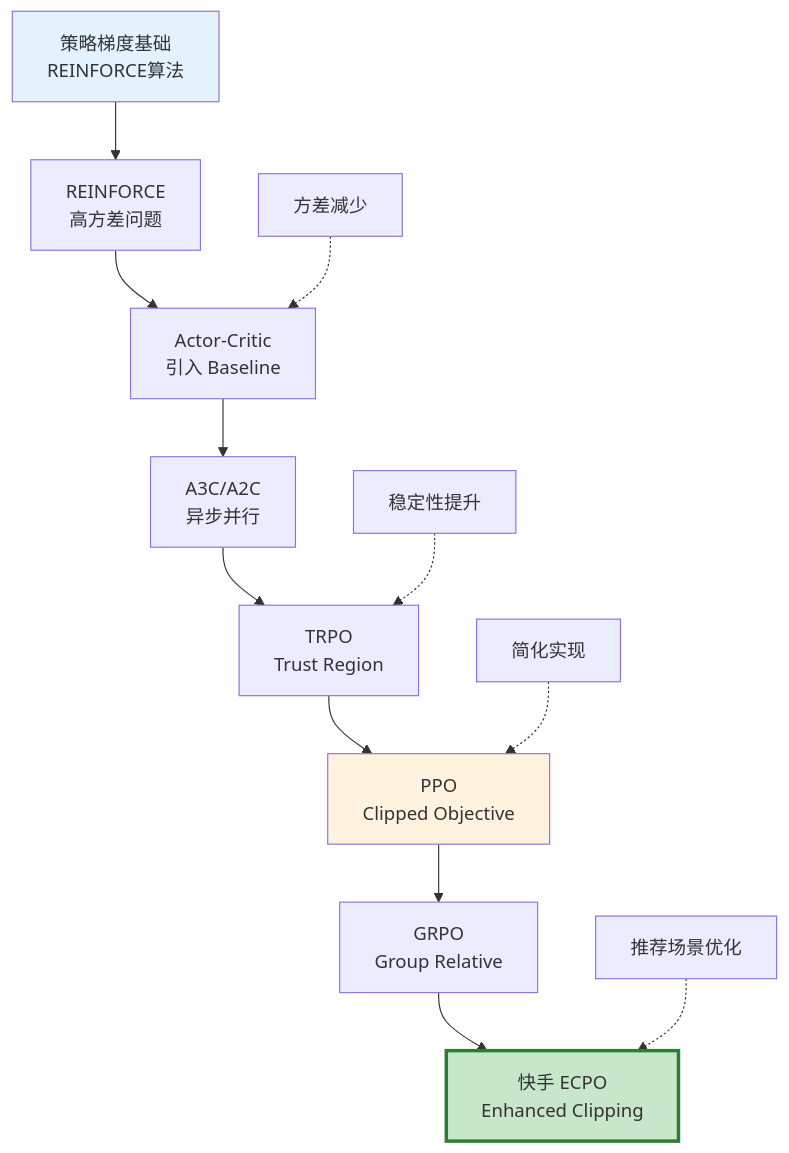
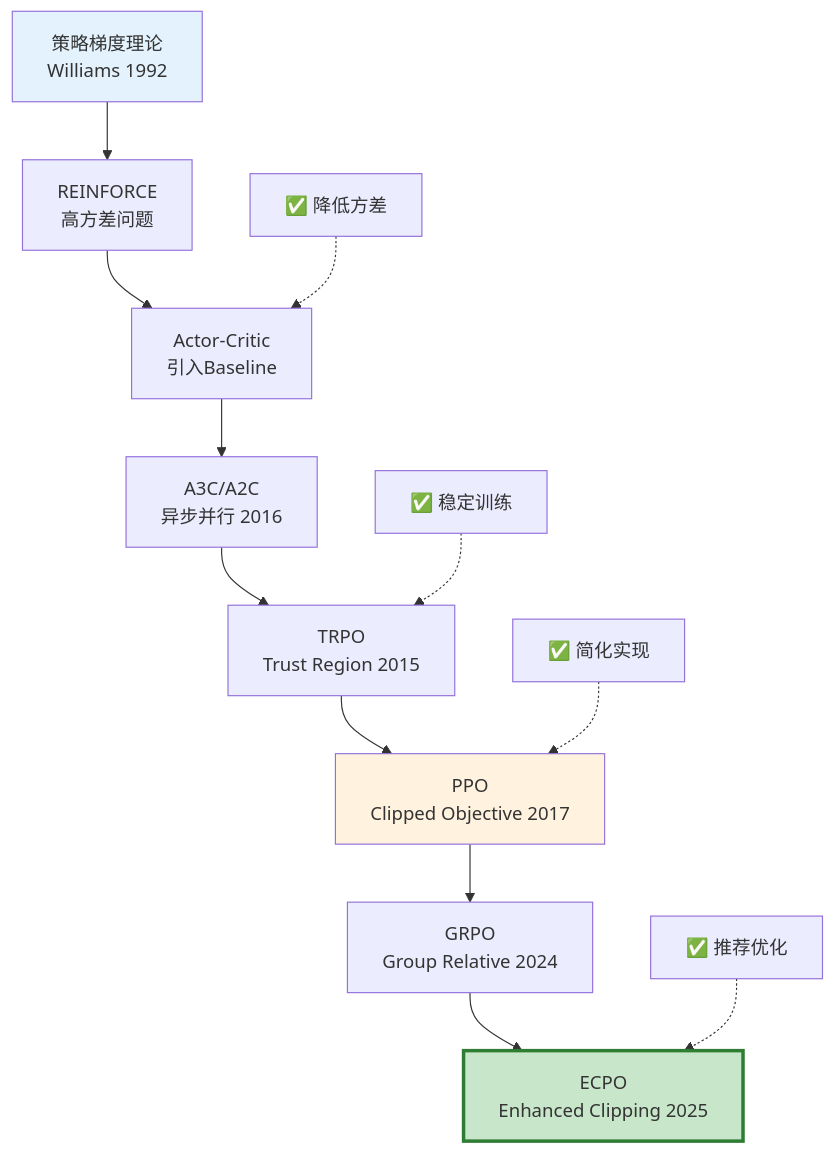
Before and after one commit to konyellin-cyber/RL: the third of 10 diagrams in theory/foundations/04_rl_evolution_to_onerec.md, drawn with Mermaid. The commit also changed other lines of this file and 3 other files, not shown here.

````diff
--- a/theory/foundations/04_rl_evolution_to_onerec.md
+++ b/theory/foundations/04_rl_evolution_to_onerec.md
@@ -128,19 +516,19 @@
 ```mermaid
 graph TD
-    A["策略梯度基础<br/>REINFORCE算法"] --> B["REINFORCE<br/>高方差问题"]
-    B --> C["Actor-Critic<br/>引入 Baseline"]
-    C --> D["A3C/A2C<br/>异步并行"]
-    D --> E["TRPO<br/>Trust Region"]
-    E --> F["PPO<br/>Clipped Objective"]
-    F --> G["GRPO<br/>Group Relative"]
-    G --> H["快手 ECPO<br/>Enhanced Clipping"]
+    A["策略梯度理论<br/>Williams 1992"] --> B["REINFORCE<br/>高方差问题"]
+    B --> C["Actor-Critic<br/>引入Baseline"]
+    C --> D["A3C/A2C<br/>异步并行 2016"]
+    D --> E["TRPO<br/>Trust Region 2015"]
+    E --> F["PPO<br/>Clipped Objective 2017"]
+    F --> G["GRPO<br/>Group Relative 2024"]
+    G --> H["ECPO<br/>Enhanced Clipping 2025"]
     
-    I["方差减少"] -.-> C
-    J["稳定性提升"] -.-> E
-    K["简化实现"] -.-> F
-    L["推荐场景优化"] -.-> H
+    I["✅ 降低方差"] -.-> C
+    J["✅ 稳定训练"] -.-> E
+    K["✅ 简化实现"] -.-> F
+    L["✅ 推荐优化"] -.-> H
     
     style A fill:#e3f2fd
     style F fill:#fff3e0
     style H fill:#c8e6c9,stroke:#2e7d32,stroke-width:3px
 ```
````
